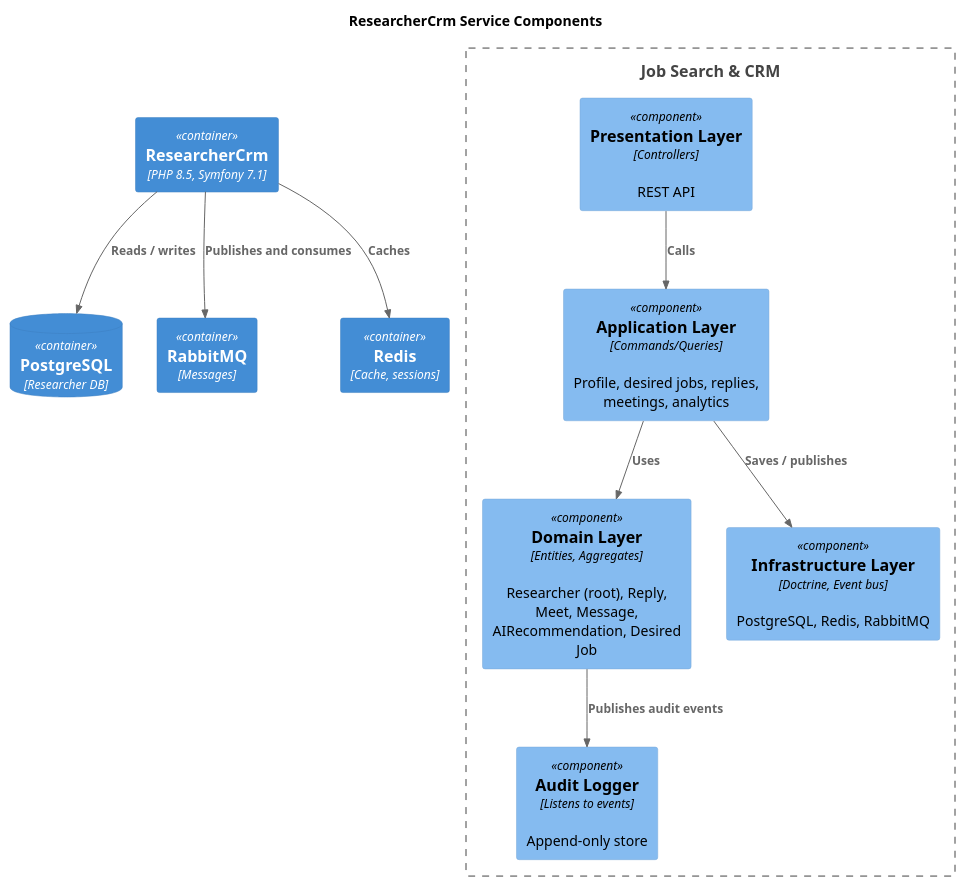
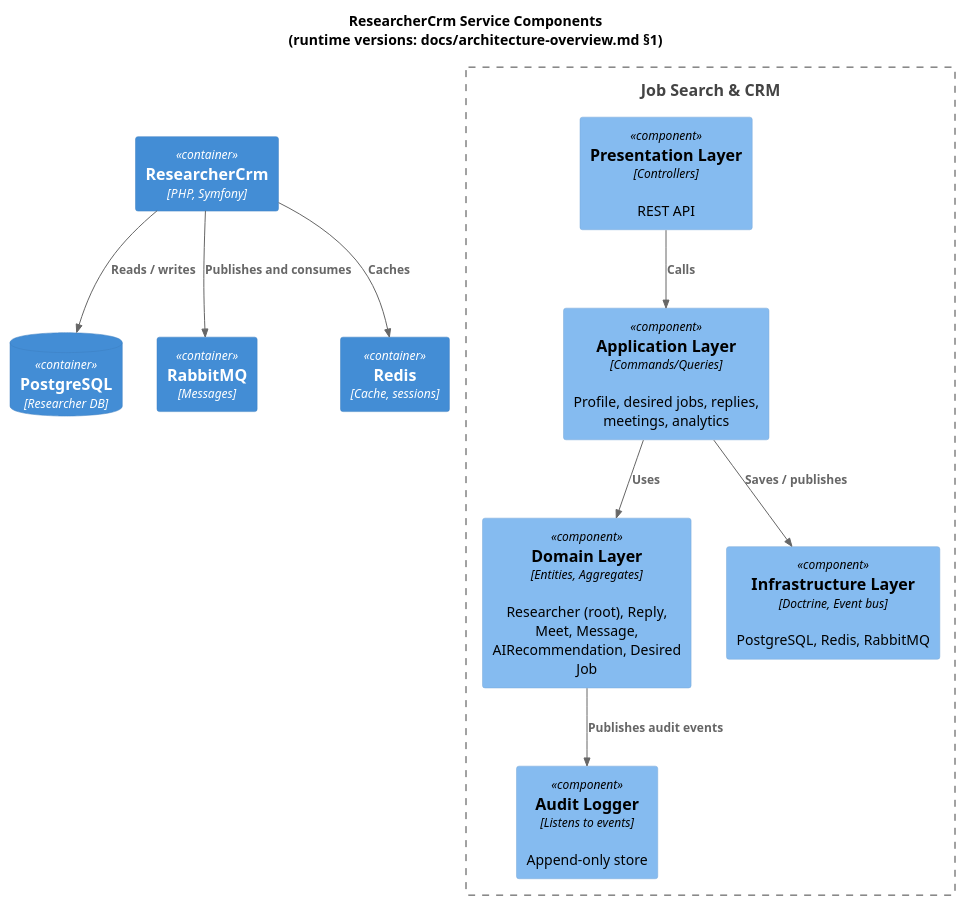
Before and after one commit to AIJobResearcher/docs: the diagram in docs/c4/components-researcher-crm.puml, drawn with PlantUML. The commit also changed 16 other files, not shown here.

```diff
--- a/docs/c4/components-researcher-crm.puml
+++ b/docs/c4/components-researcher-crm.puml
@@ -1,29 +1,29 @@
 @startuml
 !include https://raw.githubusercontent.com/plantuml-stdlib/C4-PlantUML/master/C4_Component.puml
 
-title ResearcherCrm Service Components
+title ResearcherCrm Service Components\n(runtime versions: docs/architecture-overview.md §1)
 
-Container(researcher_crm, "ResearcherCrm", "PHP 8.5, Symfony 7.1")
+Container(researcher_crm, "ResearcherCrm", "PHP, Symfony")
 
 Boundary(researcher_boundary, "Job Search & CRM") {
     Component(presentation, "Presentation Layer", "Controllers", "REST API")
     Component(application, "Application Layer", "Commands/Queries", "Profile, desired jobs, replies, meetings, analytics")
     Component(domain, "Domain Layer", "Entities, Aggregates", "Researcher (root), Reply, Meet, Message, AIRecommendation, Desired Job")
     Component(infrastructure, "Infrastructure Layer", "Doctrine, Event bus", "PostgreSQL, Redis, RabbitMQ")
     Component(audit, "Audit Logger", "Listens to events", "Append-only store")
 
     Rel(presentation, application, "Calls")
     Rel(application, domain, "Uses")
     Rel(application, infrastructure, "Saves / publishes")
     Rel(domain, audit, "Publishes audit events")
 }
 
 ContainerDb(postgres, "PostgreSQL", "Researcher DB")
 Container(rabbitmq, "RabbitMQ", "Messages")
 Container(redis, "Redis", "Cache, sessions")
 
 Rel(researcher_crm, postgres, "Reads / writes")
 Rel(researcher_crm, rabbitmq, "Publishes and consumes")
 Rel(researcher_crm, redis, "Caches")
 
 @enduml
```
